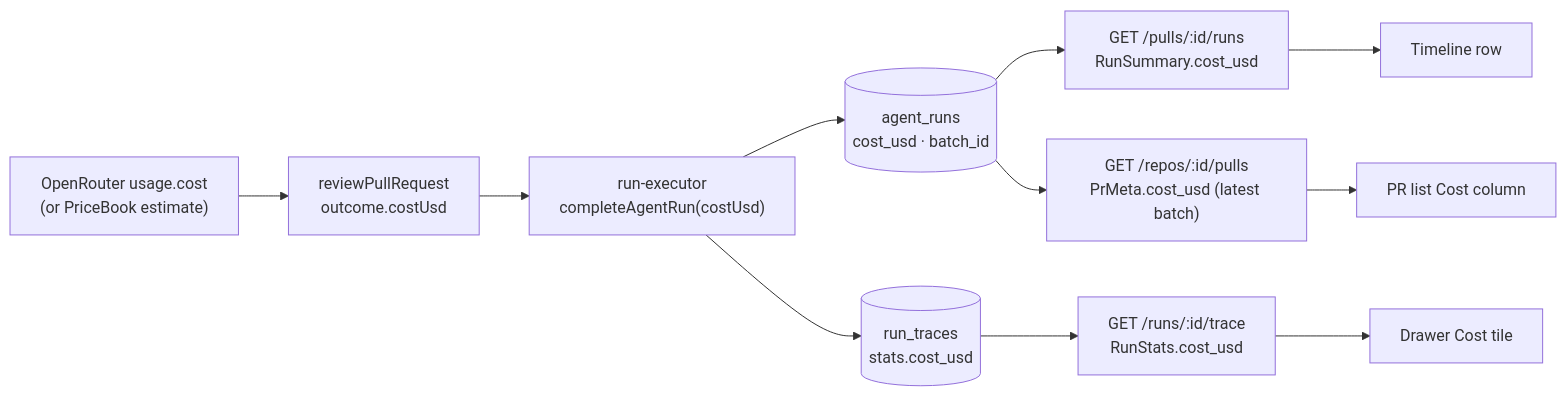
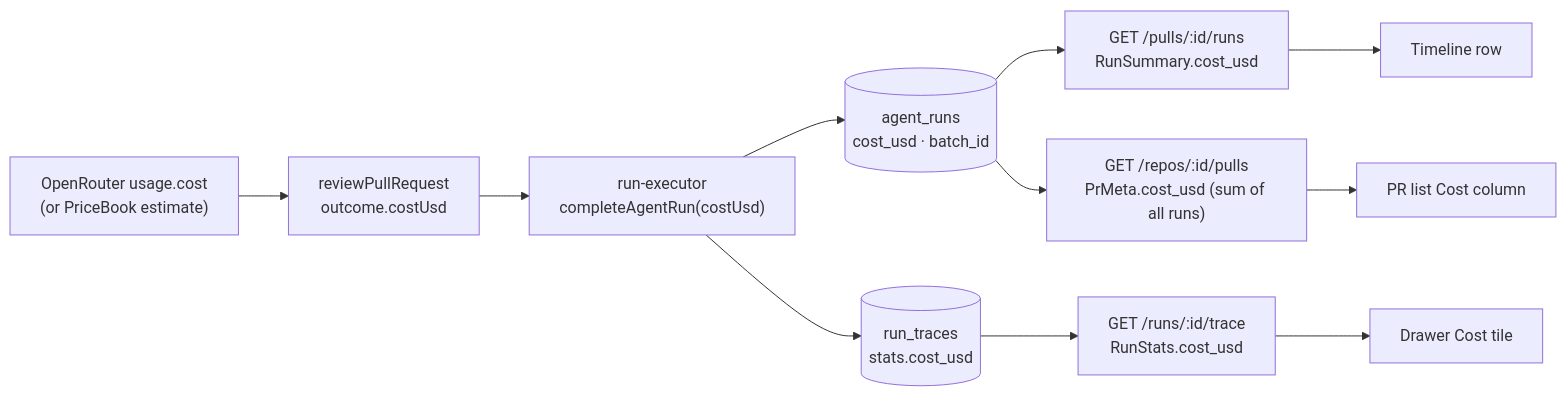
The diagram in specs/M1-cost-badge.md (EduardPershyn/dev-digest), drawn with Mermaid before and after one commit. The commit also changed other lines of this file and 12 other files, not shown here.

First line of the commit message:
feat(cost): PR-list Cost column totals all review runs (M1 revision)

````diff
--- a/specs/M1-cost-badge.md
+++ b/specs/M1-cost-badge.md
@@ -51,10 +53,10 @@
 ```mermaid
 flowchart LR
   OR["OpenRouter usage.cost<br/>(or PriceBook estimate)"] --> ENG["reviewPullRequest<br/>outcome.costUsd"]
   ENG --> EXE["run-executor<br/>completeAgentRun(costUsd)"]
   EXE --> AR[("agent_runs<br/>cost_usd · batch_id")]
   EXE --> RT[("run_traces<br/>stats.cost_usd")]
   AR --> RUNS["GET /pulls/:id/runs<br/>RunSummary.cost_usd"] --> TL["Timeline row"]
-  AR --> PULLS["GET /repos/:id/pulls<br/>PrMeta.cost_usd (latest batch)"] --> LIST["PR list Cost column"]
+  AR --> PULLS["GET /repos/:id/pulls<br/>PrMeta.cost_usd (sum of all runs)"] --> LIST["PR list Cost column"]
   RT --> TRACE["GET /runs/:id/trace<br/>RunStats.cost_usd"] --> DR["Drawer Cost tile"]
 ```
````
